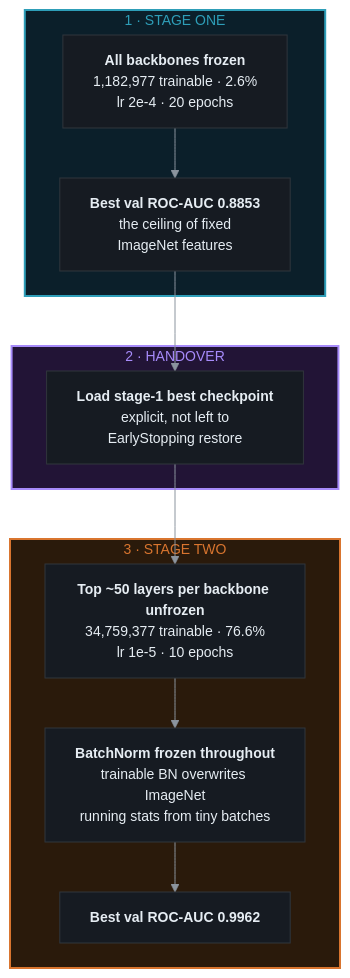
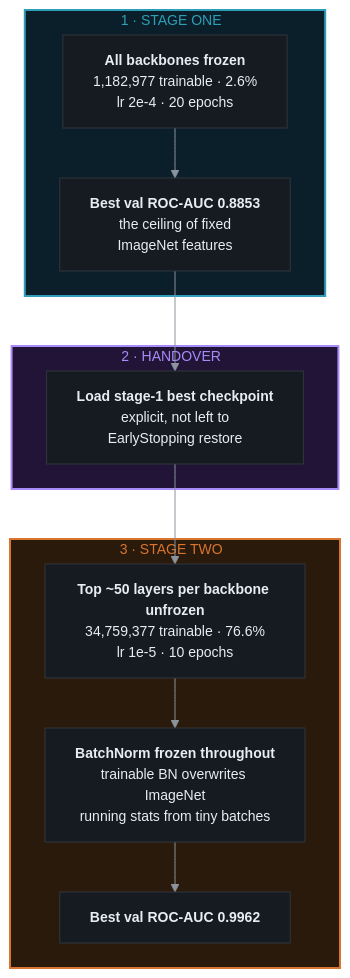
The second of 3 diagrams in README.md (adarshcod30/OpenForensics), drawn with Mermaid before and after one commit. The commit also changed other lines of this file, not shown here.

First line of the commit message:
Stop the diagram section titles clipping

````diff
--- a/README.md
+++ b/README.md
@@ -107,32 +107,32 @@
 ```mermaid
 %%{init: {'theme':'base','themeVariables':{
   'background':'#0d1117','primaryColor':'#161b22','primaryTextColor':'#e6edf3',
   'primaryBorderColor':'#30363d','secondaryColor':'#161b22','tertiaryColor':'#161b22',
   'lineColor':'#8b949e','textColor':'#e6edf3','fontSize':'14px',
   'fontFamily':'ui-sans-serif,-apple-system,Segoe UI,sans-serif',
   'clusterBkg':'transparent','clusterBorder':'#30363d','edgeLabelBackground':'#21262d'
 }}}%%
 flowchart TD
-    subgraph T1["1 · STAGE ONE"]
+    subgraph T1["1 · STAGE ONE&nbsp;&nbsp;"]
         A["<b>All backbones frozen</b><br/>1,182,977 trainable · 2.6%<br/>lr 2e-4 · 20 epochs"]
         A2["<b>Best val ROC-AUC 0.8853</b><br/>the ceiling of fixed<br/>ImageNet features"]
         A --> A2
     end
 
-    subgraph T2["2 · HANDOVER"]
+    subgraph T2["2 · HANDOVER&nbsp;&nbsp;"]
         C["<b>Load stage-1 best checkpoint</b><br/>explicit, not left to<br/>EarlyStopping restore"]
     end
 
-    subgraph T3["3 · STAGE TWO"]
+    subgraph T3["3 · STAGE TWO&nbsp;&nbsp;"]
         D["<b>Top ~50 layers per backbone unfrozen</b><br/>34,759,377 trainable · 76.6%<br/>lr 1e-5 · 10 epochs"]
         D2["<b>BatchNorm frozen throughout</b><br/>trainable BN overwrites ImageNet<br/>running stats from tiny batches"]
         D3["<b>Best val ROC-AUC 0.9962</b>"]
         D --> D2 --> D3
     end
 
     A2 --> C --> D
 
     style T1 fill:#0b1f2a,stroke:#2E9EB8,stroke-width:2px,color:#2E9EB8
     style T2 fill:#221436,stroke:#A78BFA,stroke-width:2px,color:#A78BFA
     style T3 fill:#2a1a0b,stroke:#D9752F,stroke-width:2px,color:#D9752F
 ```
````
